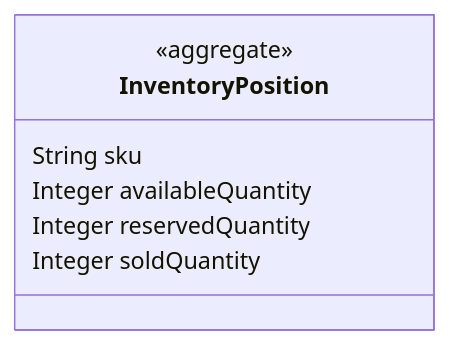
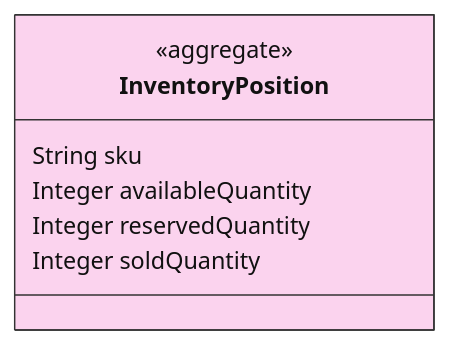
The sixth of 7 diagrams in dsl-docs/src/commonTest/resources/snapshots/arcadia-modulith/modules/catalog-inventory.md (ZenWave360/dsl-kotlin), drawn with Mermaid before and after one commit. The commit also changed other lines of this file and 21 other files, not shown here.

Commit message:
feat(views): event class diagrams, light class diagram styling, command adapters

````diff
--- a/dsl-docs/src/commonTest/resources/snapshots/arcadia-modulith/modules/catalog-inventory.md
+++ b/dsl-docs/src/commonTest/resources/snapshots/arcadia-modulith/modules/catalog-inventory.md
@@ -175,10 +204,18 @@
 ```mermaid
+---
+config:
+  theme: default
+  themeVariables:
+    lineColor: "#888888"
+    edgeLabelBackground: "#ffffff"
+---
 classDiagram
     class InventoryPosition {
         <<aggregate>>
         String sku
         Integer availableQuantity
         Integer reservedQuantity
         Integer soldQuantity
     }
+    style InventoryPosition fill:#fbd3ee,stroke:#333333,color:#111111
 ```
````
